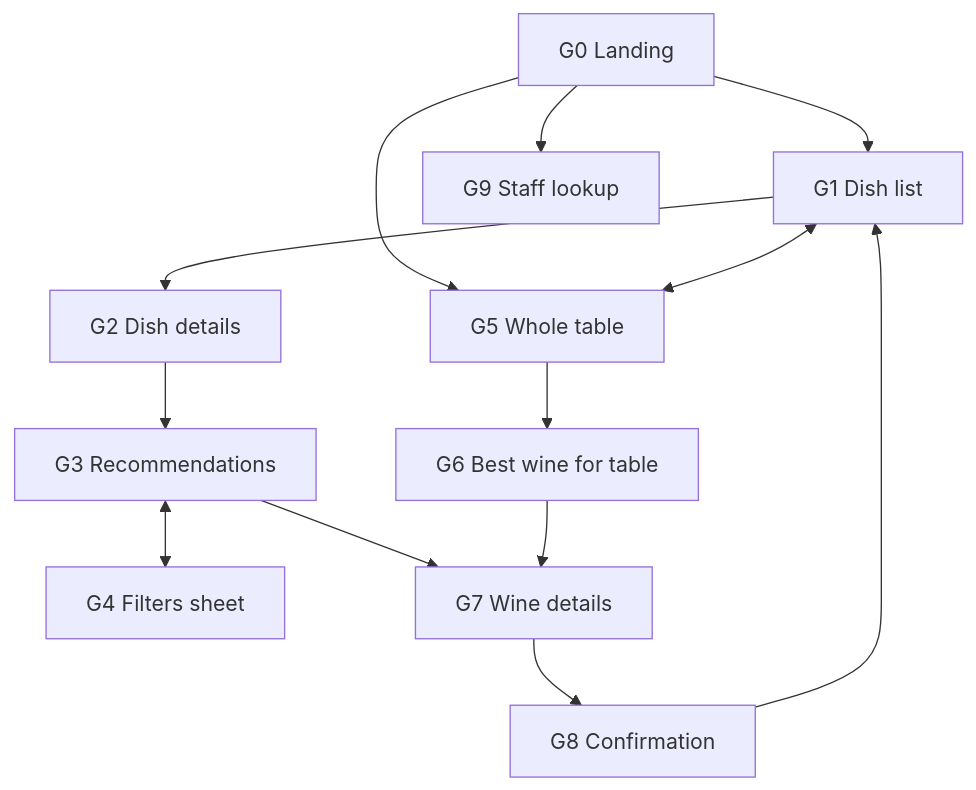
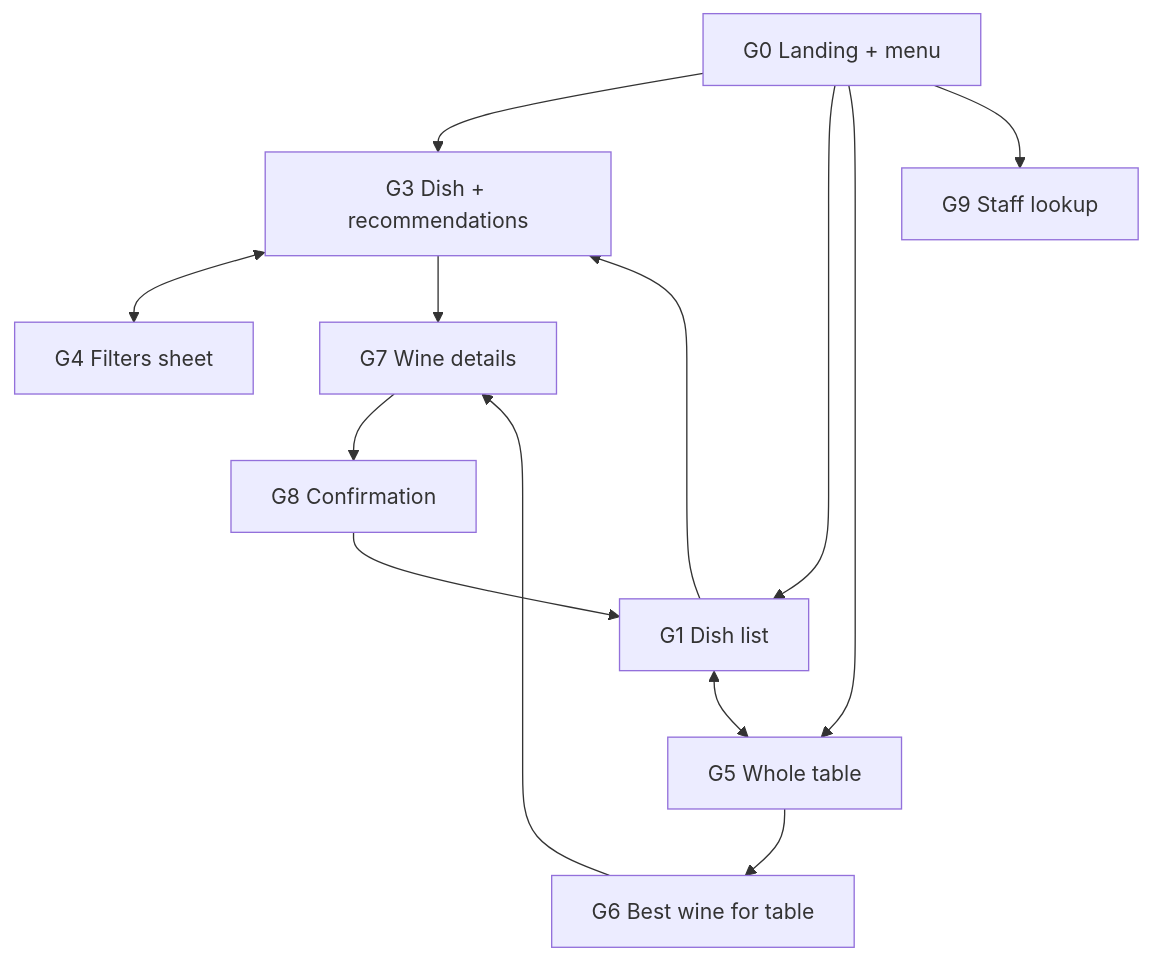
The first of 2 diagrams in docs/SCREEN_MAP.md (NiedzielX/wine), drawn with Mermaid before and after one commit. The commit also changed other lines of this file and 24 other files, not shown here.

````diff
--- a/docs/SCREEN_MAP.md
+++ b/docs/SCREEN_MAP.md
@@ -33,12 +33,13 @@
 ```mermaid
 flowchart TD
-  G0[G0 Landing] --> G1[G1 Dish list]
+  G0[G0 Landing + menu] --> G3
+  G0 --> G1[G1 Dish list]
   G0 --> G5[G5 Whole table]
   G0 --> G9[G9 Staff lookup]
   G1 <--> G5
-  G1 --> G2[G2 Dish details] --> G3[G3 Recommendations]
+  G1 --> G3[G3 Dish + recommendations]
   G3 <--> G4[G4 Filters sheet]
   G3 --> G7[G7 Wine details] --> G8[G8 Confirmation]
   G5 --> G6[G6 Best wine for table] --> G7
   G8 --> G1
 ```
````
